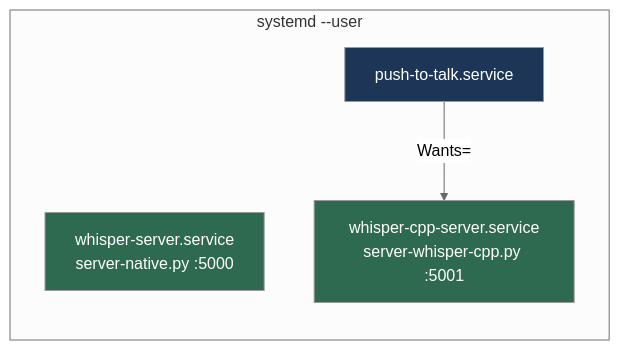
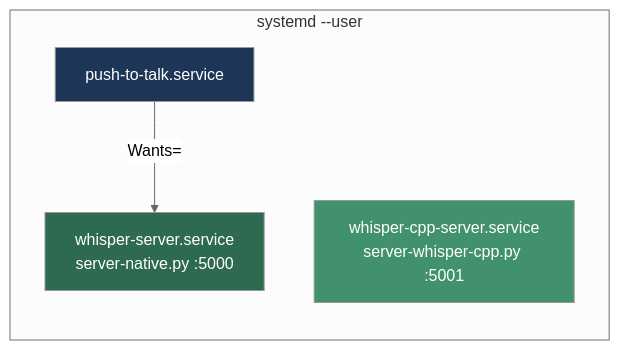
Before and after one commit to dmzoneill/whisper-npu-wayland: the fifth of 5 diagrams in README.md, drawn with Mermaid (neutral theme). The commit also changed other lines of this file and 1 other file, not shown here.

````diff
--- a/README.md
+++ b/README.md
@@ -245,14 +241,14 @@
 ```mermaid
 graph LR
     subgraph "systemd --user"
         WS[whisper-server.service<br/>server-native.py :5000]
         WC[whisper-cpp-server.service<br/>server-whisper-cpp.py :5001]
         PT[push-to-talk.service]
     end
 
-    PT -->|Wants=| WC
+    PT -->|Wants=| WS
 
     style WS fill:#2d6a4f,color:#fff
-    style WC fill:#2d6a4f,color:#fff
+    style WC fill:#40916c,color:#fff
     style PT fill:#1d3557,color:#fff
 ```
````
